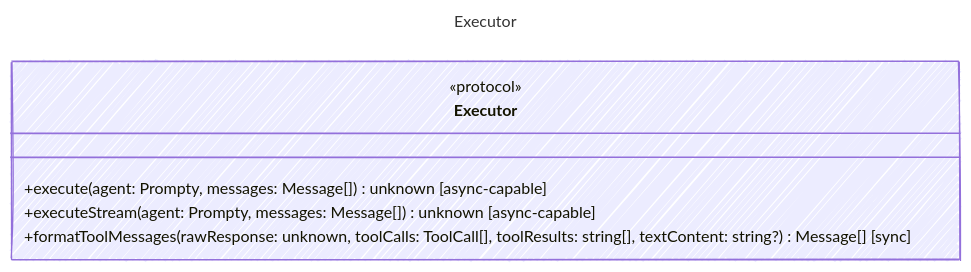
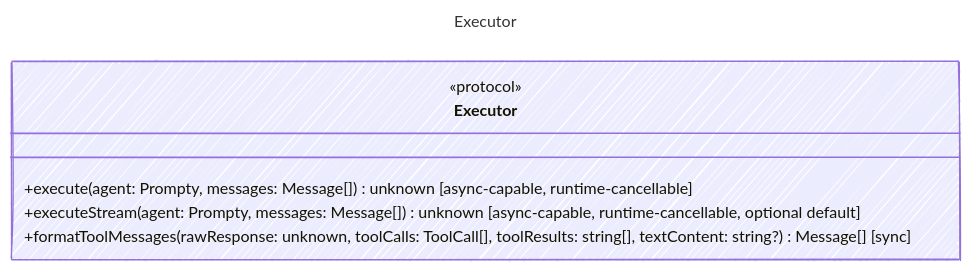
Before and after one commit to microsoft/prompty: the diagram in web/src/content/docs/reference/Executor.md, drawn with Mermaid. The commit also changed other lines of this file and 1221 other files, not shown here.

First line of the commit message:
wip(schema): regenerate all runtimes on a LOCALLY PATCHED emitter

````diff
--- a/web/src/content/docs/reference/Executor.md
+++ b/web/src/content/docs/reference/Executor.md
@@ -12,17 +12,17 @@
 ```mermaid
 ---
 title: Executor
 config:
   look: handDrawn
   theme: colorful
   class:
     hideEmptyMembersBox: true
 ---
 classDiagram
     class Executor {
       <<protocol>>
-        +execute(agent: Prompty, messages: Message[]) unknown [async-capable]
-        +executeStream(agent: Prompty, messages: Message[]) unknown [async-capable]
+        +execute(agent: Prompty, messages: Message[]) unknown [async-capable, runtime-cancellable]
+        +executeStream(agent: Prompty, messages: Message[]) unknown [async-capable, runtime-cancellable, optional default]
         +formatToolMessages(rawResponse: unknown, toolCalls: ToolCall[], toolResults: string[], textContent: string?) Message[] [sync]
     }
 ```
````
